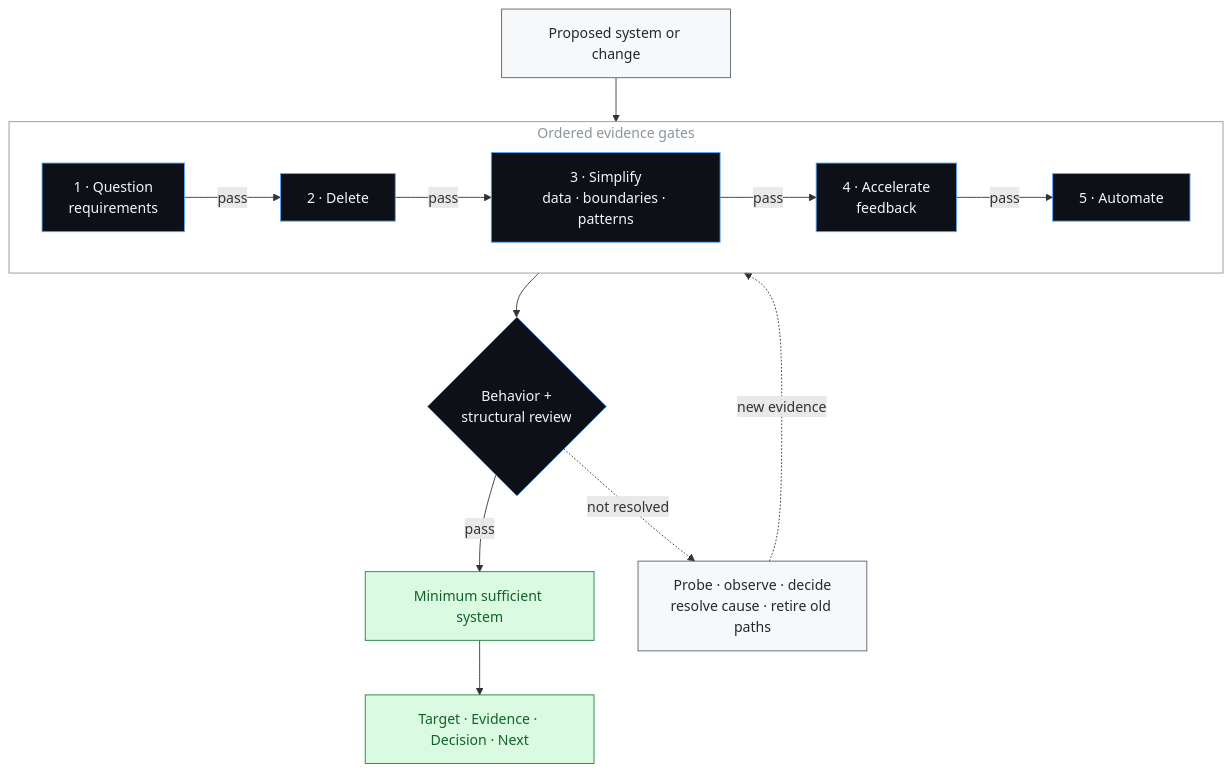
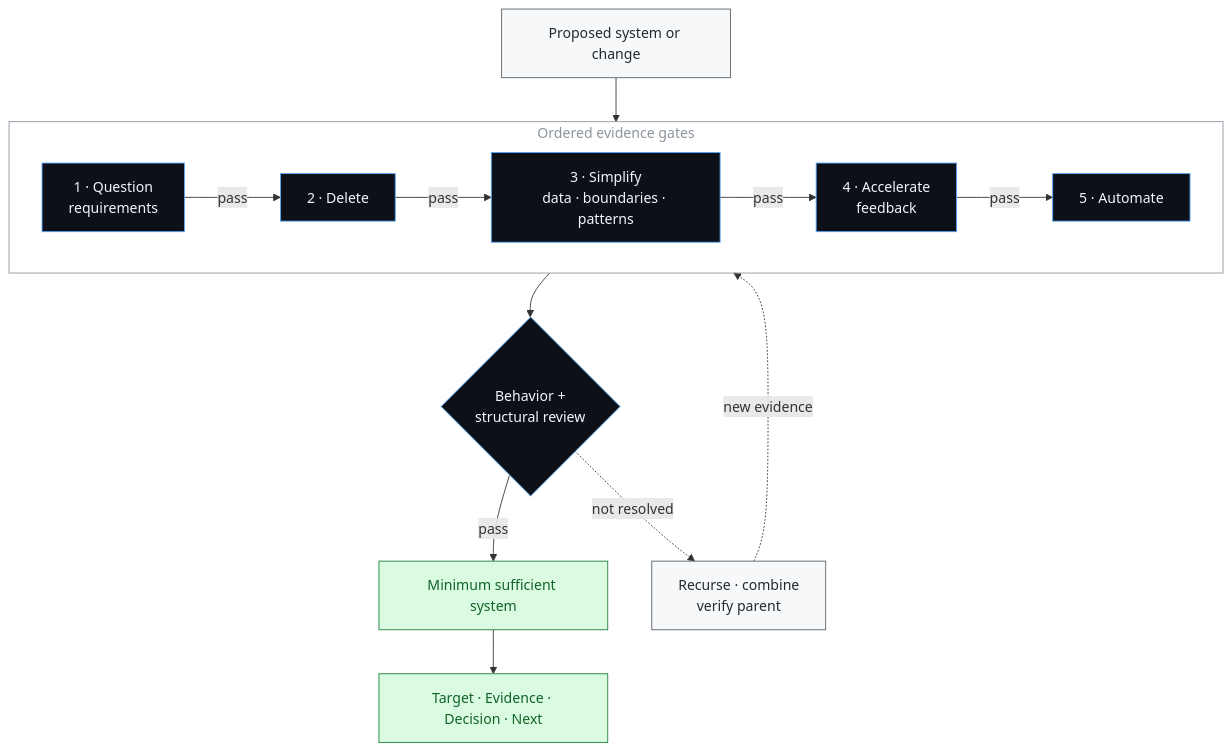
One commit to ZepinLi/five-step-engineering changed the first of 2 diagrams in README.md. Above: the diagram before and after it, drawn with Mermaid. The commit also changed other lines of this file and 3 other files, not shown here.

````diff
--- a/README.md
+++ b/README.md
@@ -12,25 +12,25 @@
 ```mermaid
 flowchart TB
     I["Proposed system or change"]
     subgraph P["Ordered evidence gates"]
         direction LR
         Q["1 · Question<br/>requirements"] -->|"pass"| D["2 · Delete"]
         D -->|"pass"| S["3 · Simplify<br/>data · boundaries · patterns"]
         S -->|"pass"| C["4 · Accelerate<br/>feedback"]
         C -->|"pass"| A["5 · Automate"]
     end
     I --> P
     P --> G{"Behavior +<br/>structural review"}
     G -->|"pass"| O["Minimum sufficient system"]
     O --> R["Target · Evidence · Decision · Next"]
-    G -. "not resolved" .-> L["Probe · observe · decide<br/>resolve cause · retire old paths"]
+    G -. "not resolved" .-> L["Recurse · combine<br/>verify parent"]
     L -. "new evidence" .-> P
 
     classDef input fill:#f6f8fa,stroke:#57606a,color:#24292f;
     classDef gate fill:#0d1117,stroke:#58a6ff,color:#f0f6fc;
     classDef result fill:#dafbe1,stroke:#1a7f37,color:#116329;
     class I,L input;
     class Q,D,S,C,A,G gate;
     class O,R result;
     style P fill:transparent,stroke:#8c959f,color:#8c959f;
 ```
````
